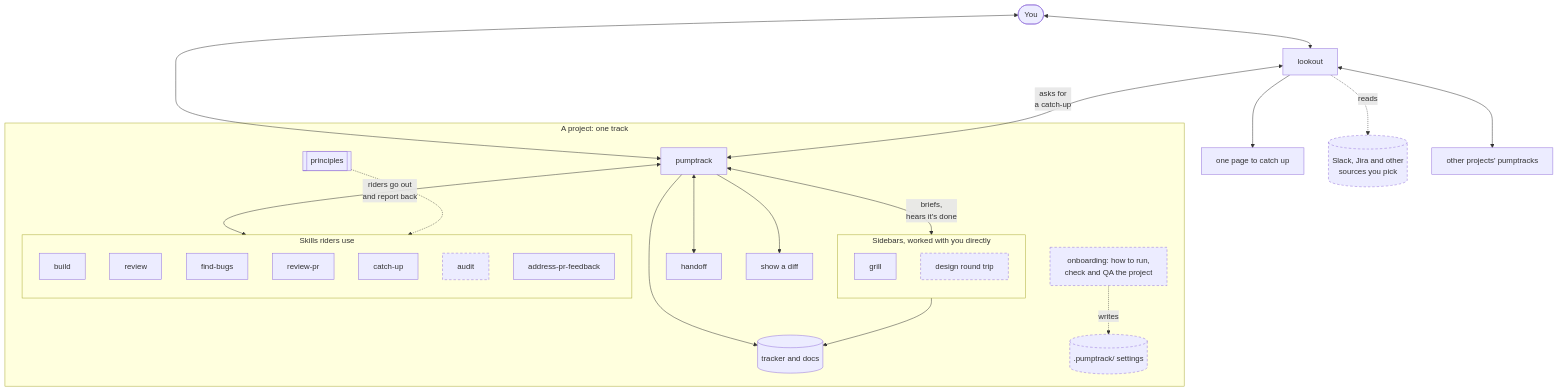
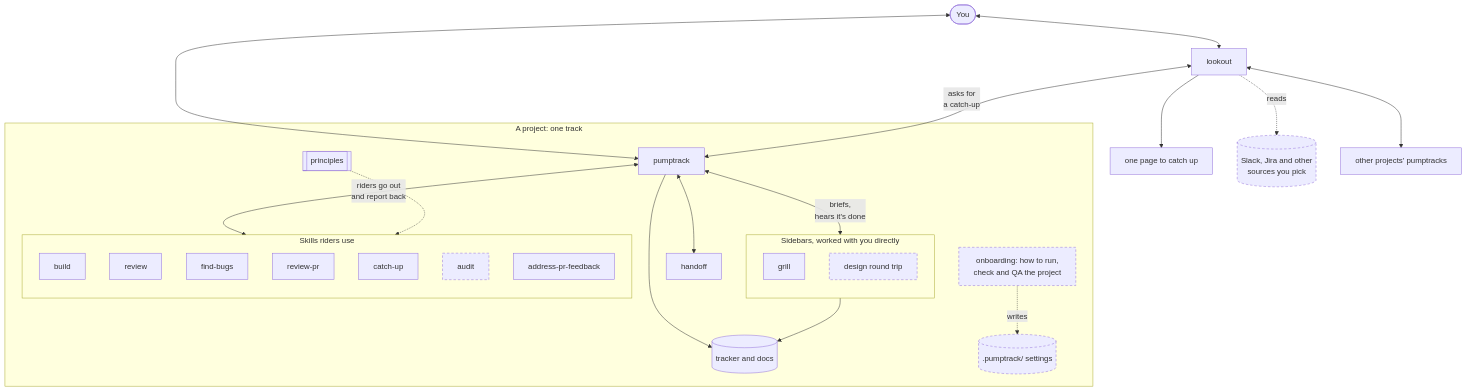
The second of 2 diagrams in README.md (brandonbews/pumptrack), drawn with Mermaid before and after one commit. The commit also changed other lines of this file, not shown here.

Commit message:
README: show-diff is cut from V0.1

````diff
--- a/README.md
+++ b/README.md
@@ -57,51 +56,49 @@
 ```mermaid
 flowchart TD
   you(["You"])
   lookout["lookout"]
   page["one page to catch up"]
   sources[("Slack, Jira and other<br/>sources you pick")]
   others["other projects' pumptracks"]
 
   subgraph track["A project: one track"]
     pt["pumptrack"]
     subgraph sides["Sidebars, worked with you directly"]
       direction TB
       grill["grill"]
       design["design round trip"]
     end
     records[("tracker and docs")]
     handoff["handoff"]
-    diff["show a diff"]
     onboarding["onboarding: how to run,<br/>check and QA the project"]
     settings[(".pumptrack/ settings")]
     principles[["principles"]]
     subgraph skills["Skills riders use"]
       direction TB
       build["build"]
       review["review"]
       bugs["find-bugs"]
       prreview["review-pr"]
       catchup["catch-up"]
       audit["audit"]
       feedback["address-pr-feedback"]
     end
   end
 
   you <--> lookout
   you <--> pt
   lookout <-->|"asks for<br/>a catch-up"| pt
   lookout <--> others
   lookout --> page
   lookout -.->|reads| sources
   pt <-->|"riders go out<br/>and report back"| skills
   pt <-->|"briefs,<br/>hears it's done"| sides
   pt <--> handoff
-  pt --> diff
   pt --> records
   sides --> records
   onboarding -.->|writes| settings
   principles -.-> skills
 
   classDef later stroke-dasharray: 5 4
   class sources,design,onboarding,settings,audit later
 ```
````
